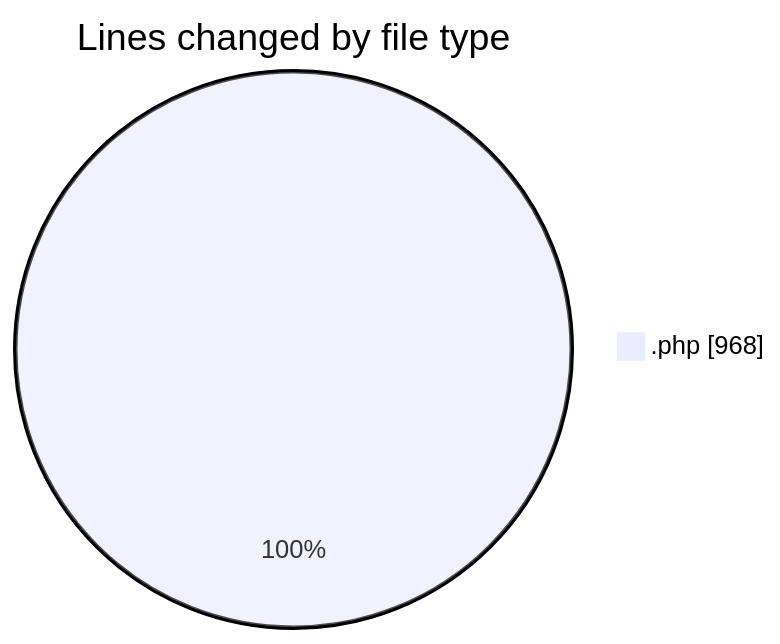
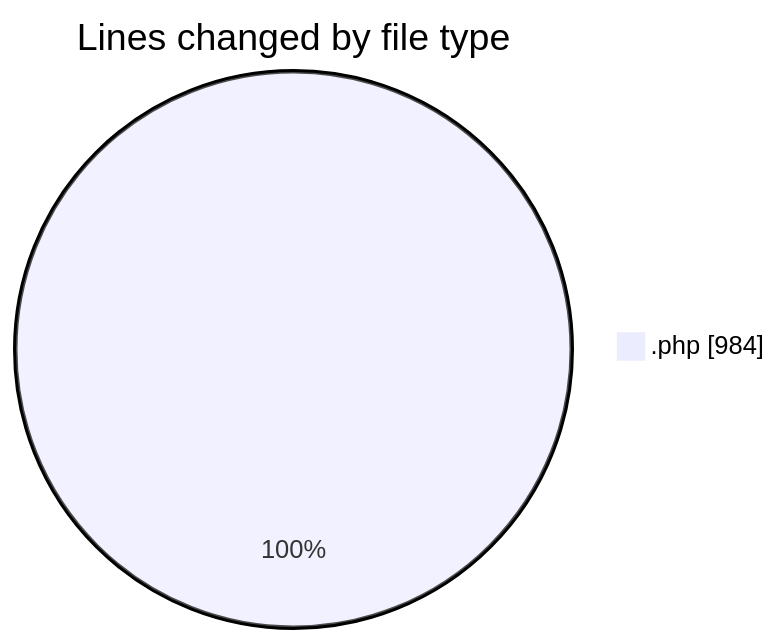
Before and after one commit to debugP/code-tracking: the first of 2 diagrams in 2025-09-25/plugins/README.md, drawn with Mermaid. The commit also changed other lines of this file and 1 other file, not shown here.

````diff
--- a/2025-09-25/plugins/README.md
+++ b/2025-09-25/plugins/README.md
@@ -20,5 +20,5 @@
 ```mermaid
 pie showData
 title Lines changed by file type
-".php" : 968
+".php" : 984
 ```
````
